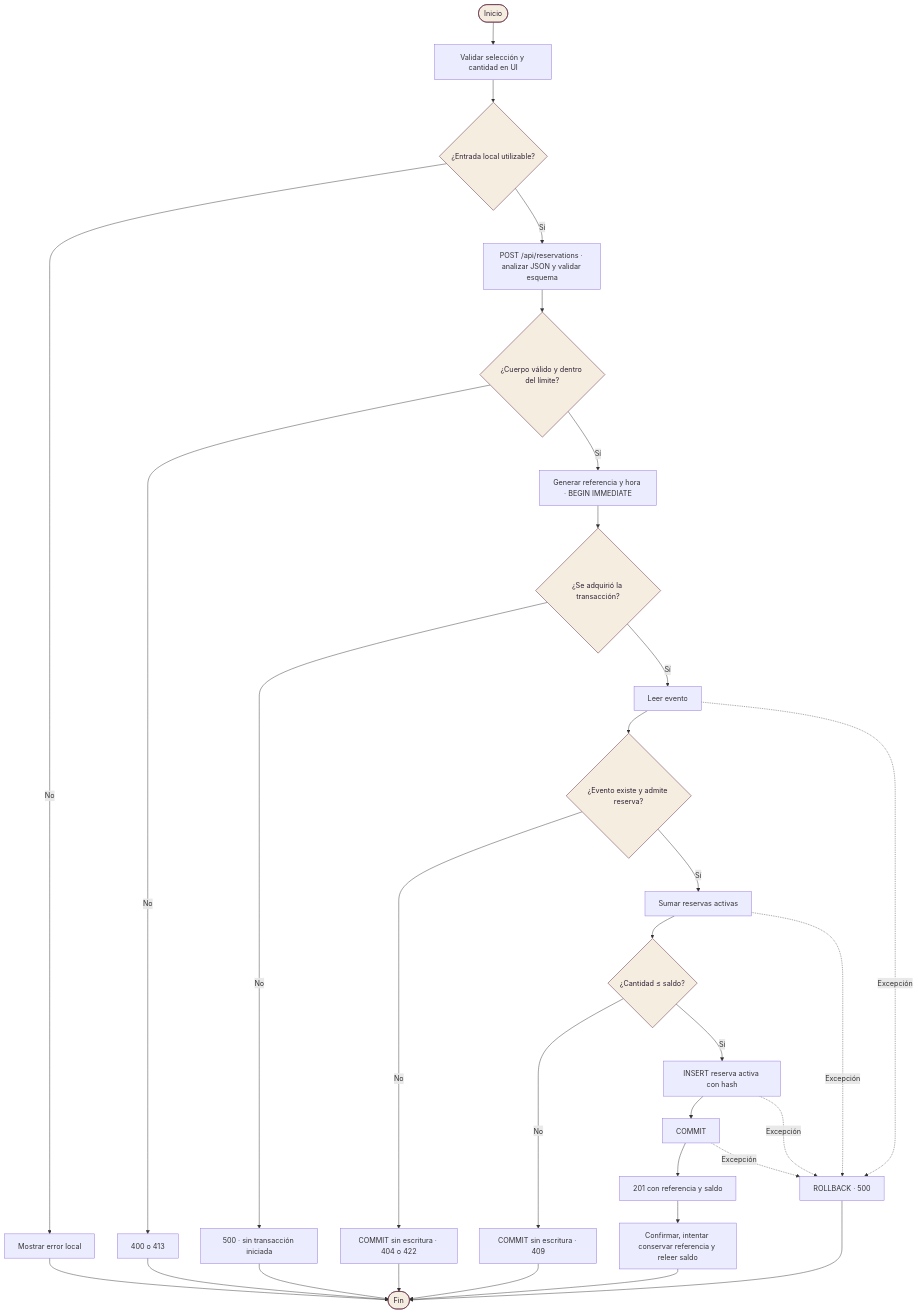
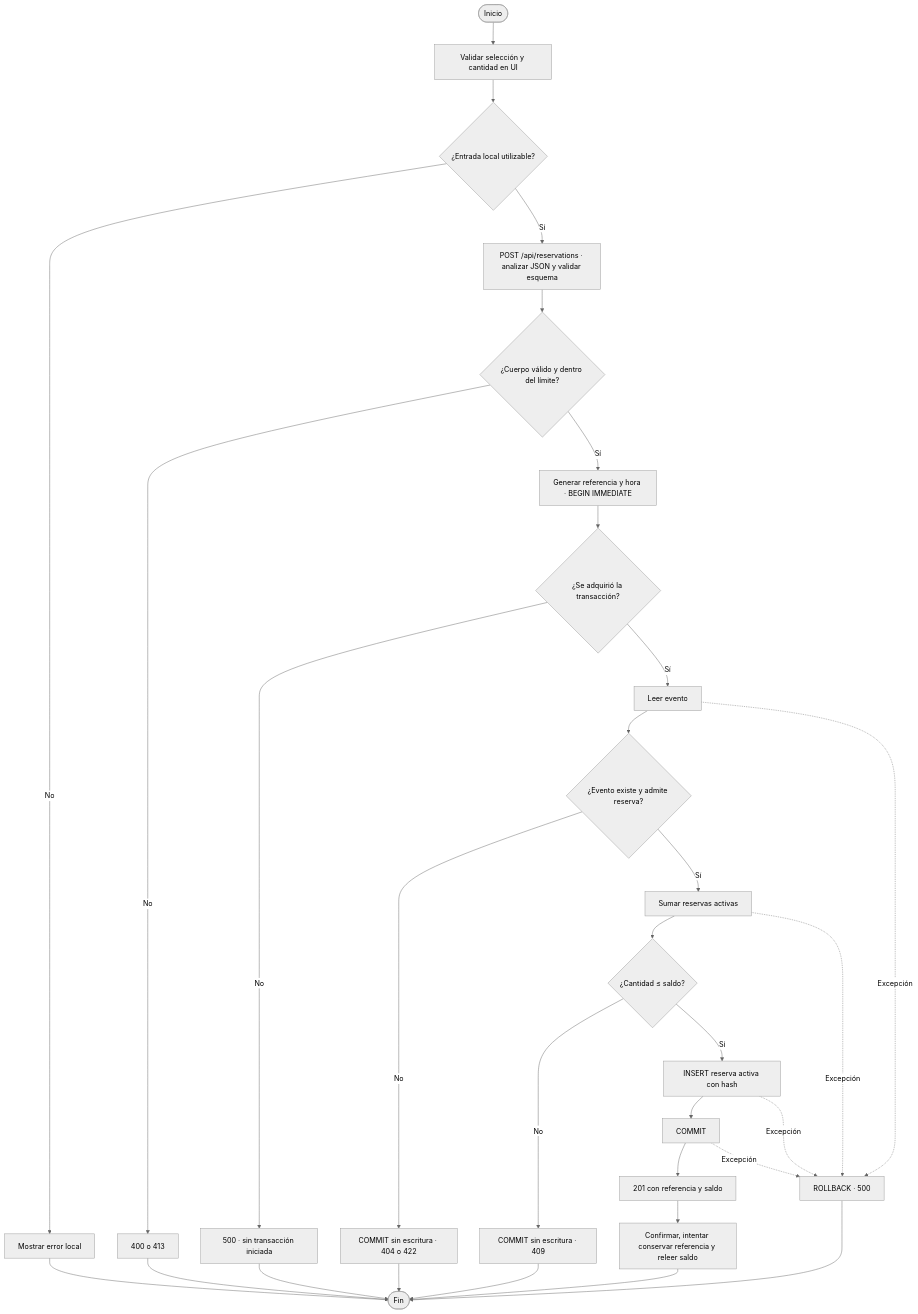
One commit to magomez36/FIAVL_Arquitectura-de-Software changed the diagram in docs/architecture/03-vista-procesos/actividades/ACTV-02-crear-reserva.md. Above: the diagram before and after it, drawn with Mermaid. The commit also changed 143 other files, not shown here.

Commit message:
docs(architecture): simplifica documentacion y corrige exportacion completa del PDF

````diff
--- a/docs/architecture/03-vista-procesos/actividades/ACTV-02-crear-reserva.md
+++ b/docs/architecture/03-vista-procesos/actividades/ACTV-02-crear-reserva.md
@@ -7,29 +7,31 @@
 ```mermaid
+---
+config:
+  theme: neutral
+---
 flowchart TD
   I([Inicio]) --> U["Validar selección y cantidad en UI"]
   U --> Q{"¿Entrada local utilizable?"}
   Q -->|No| E["Mostrar error local"] --> F([Fin])
   Q -->|Sí| P["POST /api/reservations · analizar JSON y validar esquema"]
   P --> G{"¿Cuerpo válido y dentro del límite?"}
   G -->|No| RE["400 o 413"] --> F
   G -->|Sí| L["Generar referencia y hora · BEGIN IMMEDIATE"]
   L --> J{"¿Se adquirió la transacción?"}
   J -->|No| RE500["500 · sin transacción iniciada"] --> F
   J -->|Sí| B["Leer evento"]
   B --> D{"¿Evento existe y admite reserva?"}
   D -->|No| N["COMMIT sin escritura · 404 o 422"] --> F
   D -->|Sí| S["Sumar reservas activas"]
   S --> K{"¿Cantidad ≤ saldo?"}
   K -->|No| X["COMMIT sin escritura · 409"] --> F
   K -->|Sí| Z["INSERT reserva activa con hash"]
   Z --> C["COMMIT"]
   C --> H["201 con referencia y saldo"]
   H --> M["Confirmar, intentar conservar referencia y releer saldo"] --> F
   B -.->|Excepción| Y["ROLLBACK · 500"]
   S -.->|Excepción| Y
   Z -.->|Excepción| Y
   C -.->|Excepción| Y
   Y --> F
-  classDef accent fill:#F5EDE0,stroke:#591C37,color:#302237
-  class I,F,Q,G,J,D,K accent
 ```
````
